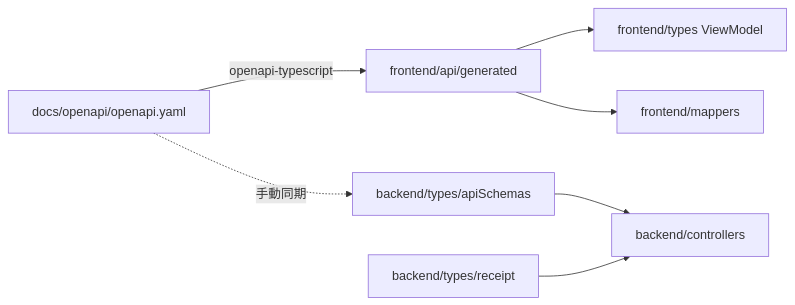
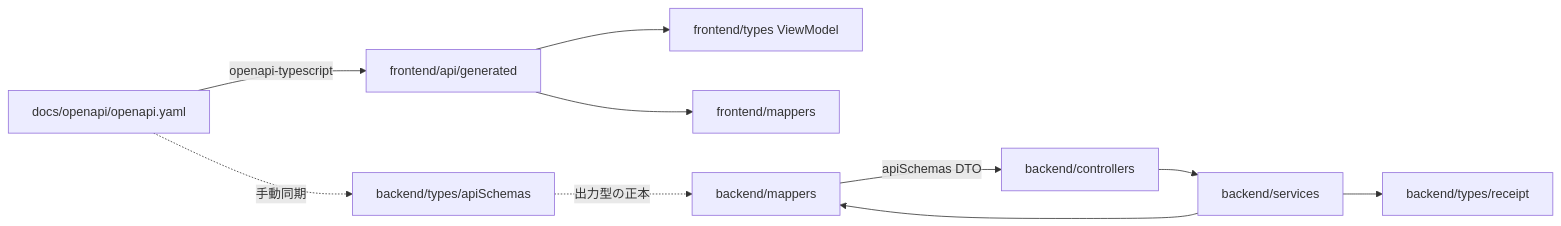
The fourth of 8 diagrams in docs/design/architecture.md (yama180sx/receipt-ai-app), drawn with Mermaid before and after one commit. The commit also changed other lines of this file and 1 other file, not shown here.

First line of the commit message:
docs: [Issue #103-5] architecture.md に BE 層境界 as-built を反映

````diff
--- a/docs/design/architecture.md
+++ b/docs/design/architecture.md
@@ -203,17 +276,22 @@
 ```mermaid
 flowchart LR
   OAS[docs/openapi/openapi.yaml]
   GEN[frontend/api/generated]
   FET[frontend/types ViewModel]
-  MAP[frontend/mappers]
+  FEMAP[frontend/mappers]
   APISCH[backend/types/apiSchemas]
+  BEMAP[backend/mappers]
   CTRL[backend/controllers]
+  SVC[backend/services]
   DOM[backend/types/receipt]
 
   OAS -->|openapi-typescript| GEN
   GEN --> FET
-  GEN --> MAP
+  GEN --> FEMAP
   OAS -.->|手動同期| APISCH
-  APISCH --> CTRL
-  DOM --> CTRL
+  SVC --> BEMAP
+  BEMAP -->|apiSchemas DTO| CTRL
+  APISCH -.->|出力型の正本| BEMAP
+  SVC --> DOM
+  CTRL --> SVC
 ```
````
